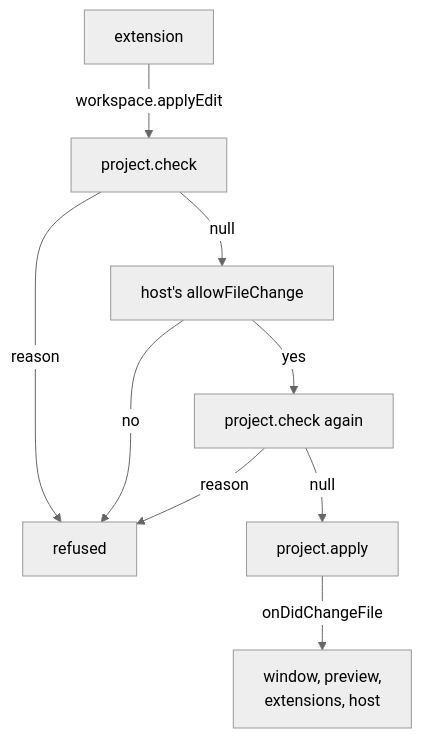
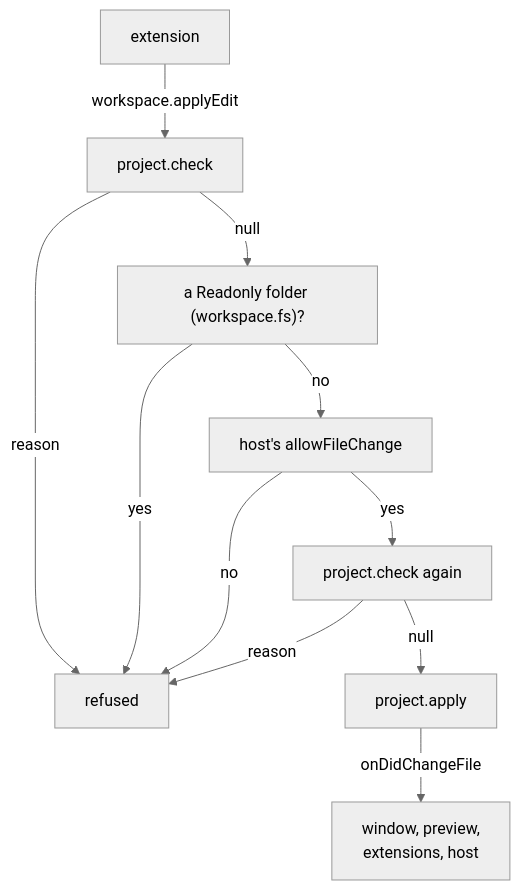
The diagram in docs/diagrams/core-project-change.mmd (sandstorm/zwiebelfisch), drawn with Mermaid (neutral theme) before and after one commit. The commit also changed 41 other files, not shown here.

```diff
--- a/docs/diagrams/core-project-change.mmd
+++ b/docs/diagrams/core-project-change.mmd
@@ -1,10 +1,12 @@
 flowchart TD
   ext["extension"] -- "workspace.applyEdit" --> check["project.check"]
   check -- "reason" --> refused["refused"]
-  check -- "null" --> veto["host's allowFileChange"]
+  check -- "null" --> folders["a Readonly folder (workspace.fs)?"]
+  folders -- "yes" --> refused
+  folders -- "no" --> veto["host's allowFileChange"]
   veto -- "no" --> refused
   veto -- "yes" --> again["project.check again"]
   again -- "reason" --> refused
   again -- "null" --> apply["project.apply"]
   apply -- "onDidChangeFile" --> followers["`window, preview,
   extensions, host`"]
```
